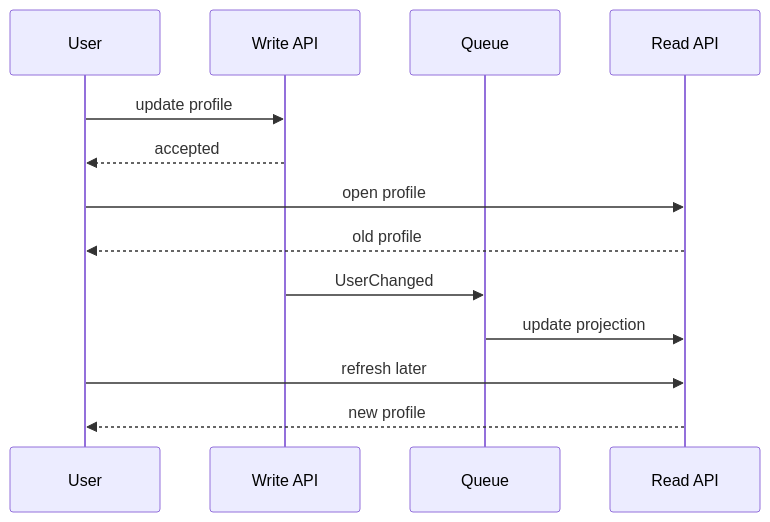
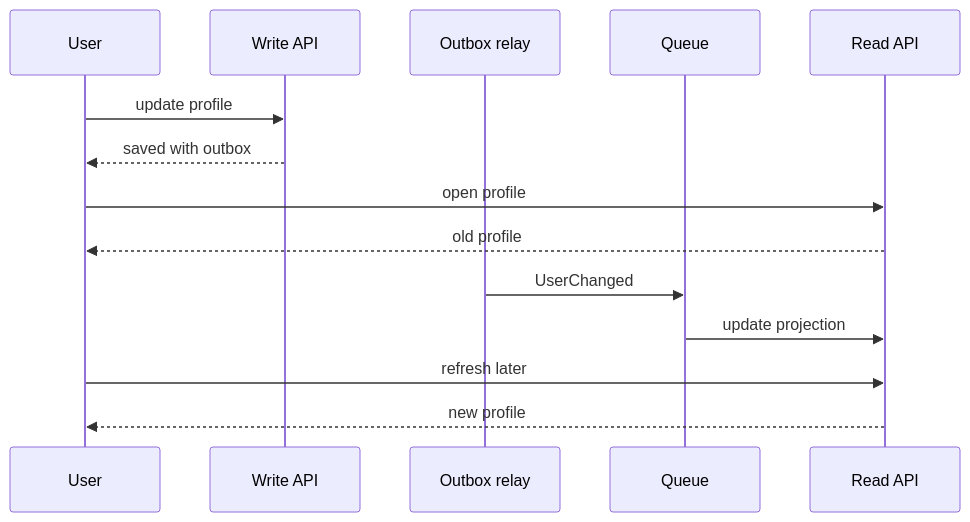
Before and after one commit to Kert0n/KPO: diagram 18 of 19 in content/lectures/Lec13/vitepress.md, drawn with Mermaid. The commit also changed other lines of this file, not shown here.

````diff
--- a/content/lectures/Lec13/vitepress.md
+++ b/content/lectures/Lec13/vitepress.md
@@ -1779,16 +1838,17 @@
 ```mermaid
 sequenceDiagram
     participant User as User
     participant Write as Write API
+    participant Relay as Outbox relay
     participant Queue as Queue
     participant Read as Read API
 
     User->>Write: update profile
-    Write-->>User: accepted
+    Write-->>User: saved with outbox
     User->>Read: open profile
     Read-->>User: old profile
-    Write->>Queue: UserChanged
+    Relay->>Queue: UserChanged
     Queue->>Read: update projection
     User->>Read: refresh later
     Read-->>User: new profile
 ```
````
